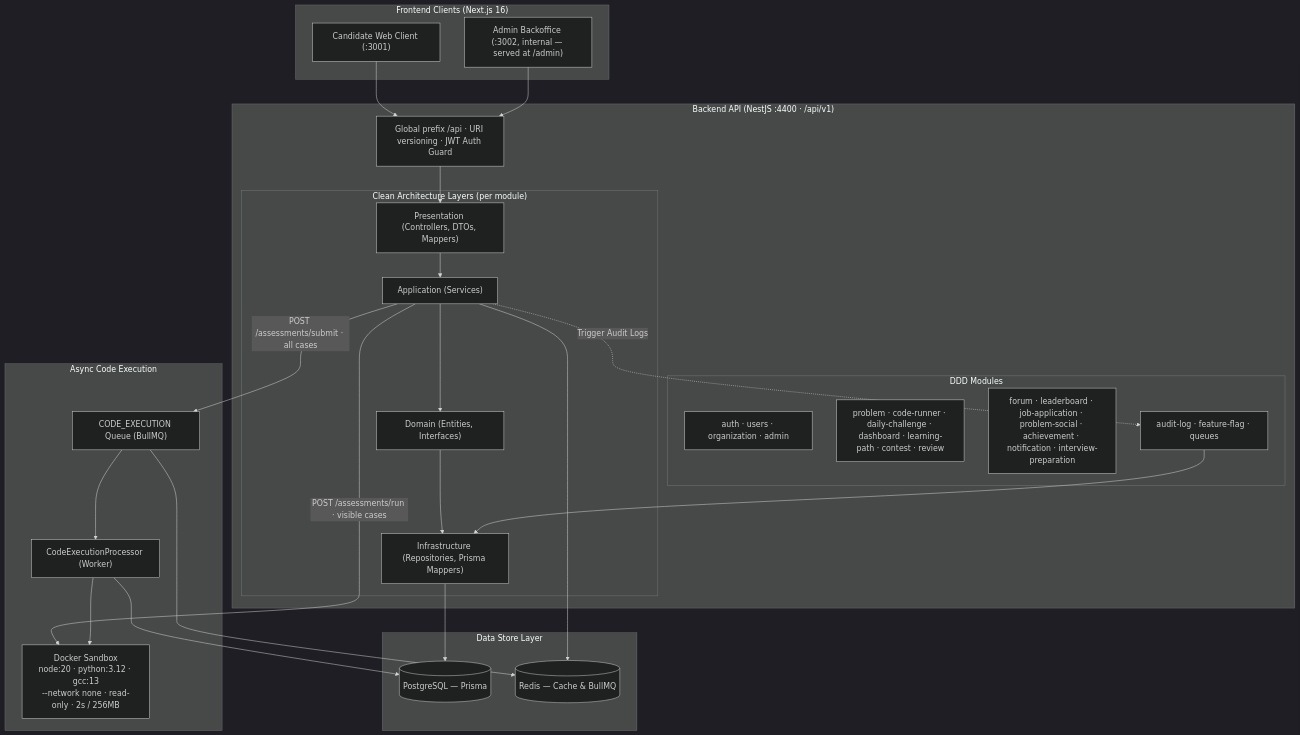
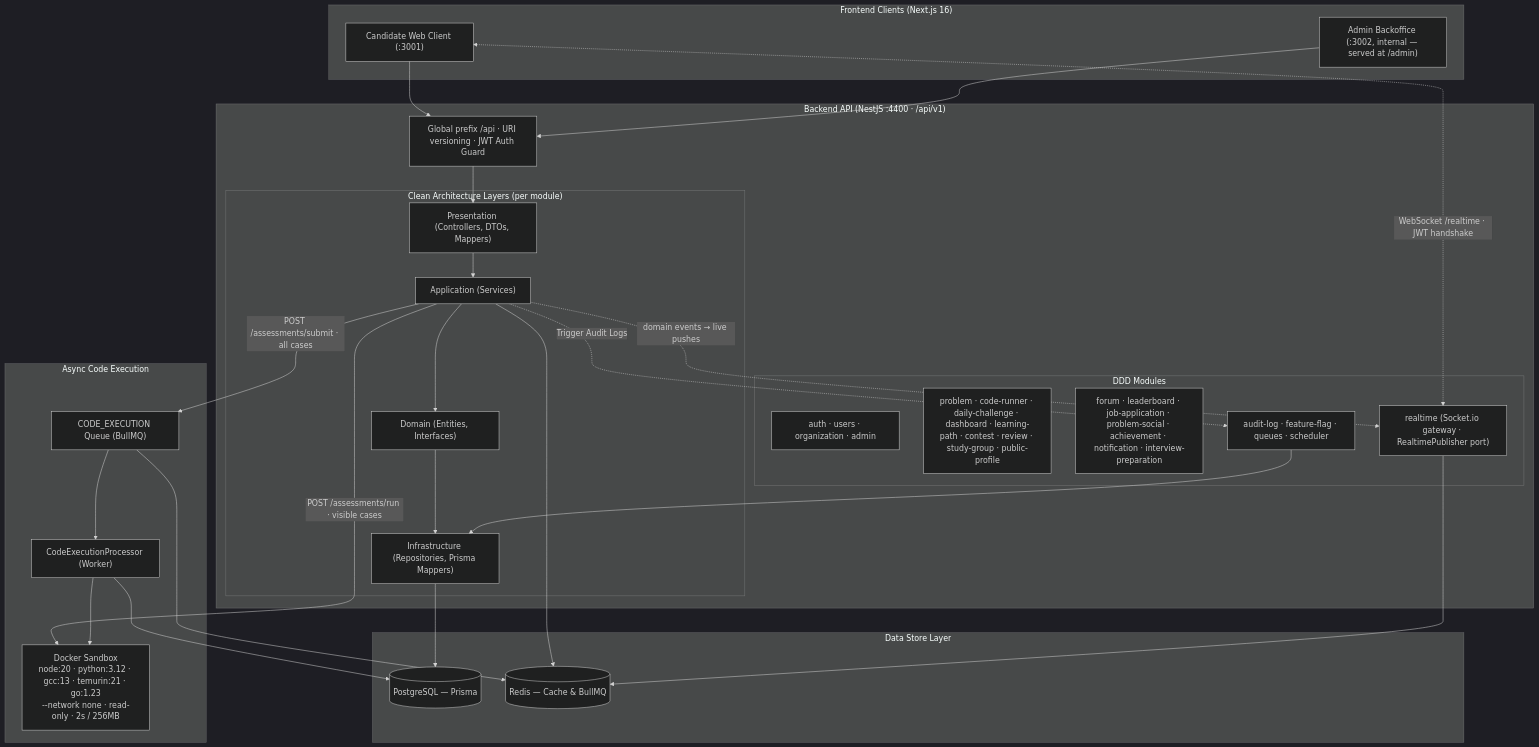
The diagram in README.md (rizonkumar/elevateSDE), drawn with Mermaid (dark theme) before and after one commit. The commit also changed other lines of this file and 1 other file, not shown here.

Commit message:
docs: Update README and architecture diagrams for realtime, ratings, public profiles and study groups

````diff
--- a/README.md
+++ b/README.md
@@ -13,57 +14,61 @@
 ```mermaid
 graph TD
     subgraph Clients["Frontend Clients (Next.js 16)"]
         Web["Candidate Web Client (:3001)"]
         Admin["Admin Backoffice (:3002, internal — served at /admin)"]
     end
 
     subgraph API["Backend API (NestJS :4400 · /api/v1)"]
         Gateway["Global prefix /api · URI versioning · JWT Auth Guard"]
 
         subgraph Domains["DDD Modules"]
             CoreMods["auth · users · organization · admin"]
-            LearnMods["problem · code-runner · daily-challenge · dashboard · learning-path · contest · review"]
+            LearnMods["problem · code-runner · daily-challenge · dashboard · learning-path · contest · review · study-group · public-profile"]
             CommMods["forum · leaderboard · job-application · problem-social · achievement · notification · interview-preparation"]
-            PlatMods["audit-log · feature-flag · queues"]
+            PlatMods["audit-log · feature-flag · queues · scheduler"]
+            RealtimeMod["realtime (Socket.io gateway · RealtimePublisher port)"]
         end
 
         subgraph Layers["Clean Architecture Layers (per module)"]
             Pres["Presentation (Controllers, DTOs, Mappers)"]
             App["Application (Services)"]
             Dom["Domain (Entities, Interfaces)"]
             Infra["Infrastructure (Repositories, Prisma Mappers)"]
         end
     end
 
     subgraph Async["Async Code Execution"]
         Queue["CODE_EXECUTION Queue (BullMQ)"]
         Worker["CodeExecutionProcessor (Worker)"]
-        Sandbox["Docker Sandbox<br/>node:20 · python:3.12 · gcc:13<br/>--network none · read-only · 2s / 256MB"]
+        Sandbox["Docker Sandbox<br/>node:20 · python:3.12 · gcc:13 · temurin:21 · go:1.23<br/>--network none · read-only · 2s / 256MB"]
     end
 
     subgraph Storage["Data Store Layer"]
         DB[("PostgreSQL — Prisma")]
         Cache[("Redis — Cache & BullMQ")]
     end
 
     Web --> Gateway
+    Web <-.->|"WebSocket /realtime · JWT handshake"| RealtimeMod
     Admin --> Gateway
     Gateway --> Pres
     Pres --> App
     App --> Dom
     Dom --> Infra
     Infra --> DB
     App --> Cache
+    App -.->|"domain events → live pushes"| RealtimeMod
+    RealtimeMod --> Cache
 
     %% Code execution: synchronous run vs queued submit
     App -->|POST /assessments/run · visible cases| Sandbox
     App -->|POST /assessments/submit · all cases| Queue
     Queue --> Cache
     Queue --> Worker
     Worker --> Sandbox
     Worker --> DB
 
     %% Audit Logging Hook
     App -.->|Trigger Audit Logs| PlatMods
     PlatMods --> Infra
 ```
````
